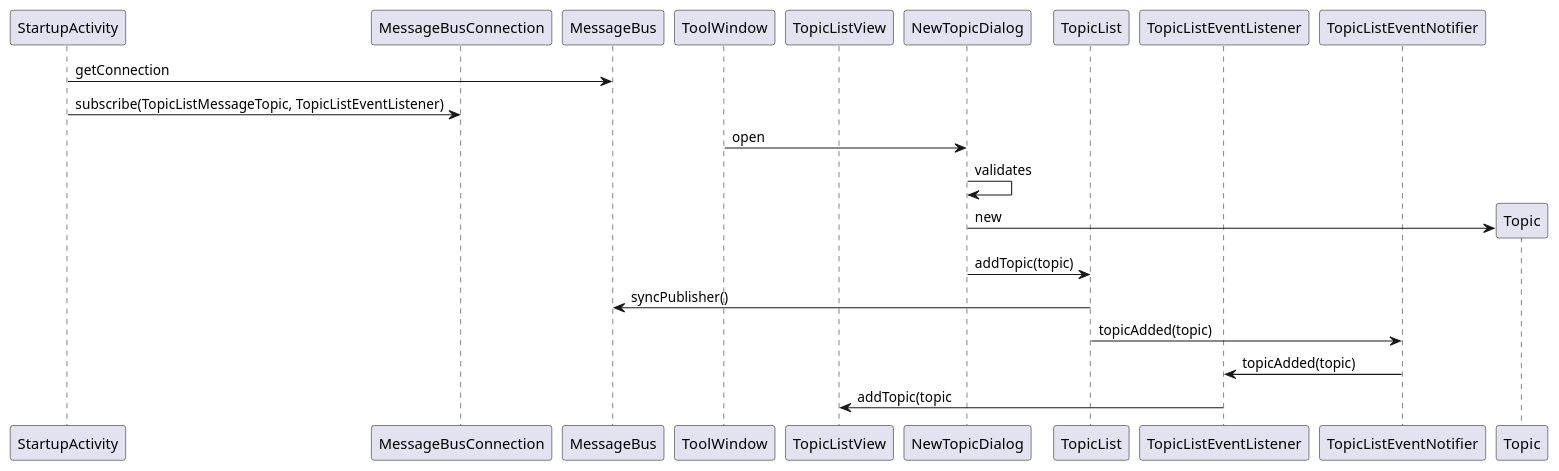
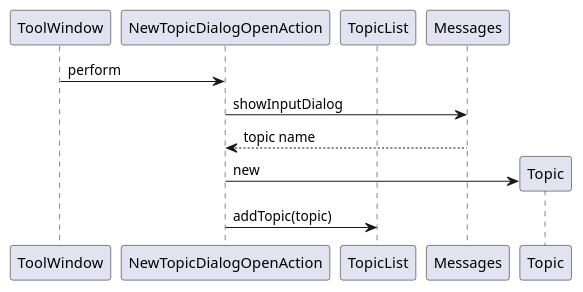
Before and after one commit to kitabatake/CodeReadingNote: the diagram in documents/sequence/create_topic.puml, drawn with PlantUML. The commit also changed 2 other files, not shown here.

```diff
--- a/documents/sequence/create_topic.puml
+++ b/documents/sequence/create_topic.puml
@@ -1,31 +1,18 @@
 @startuml
 /' definition '/
-participant StartupActivity
-participant MessageBusConnection
-participant MessageBus
+participant ToolWindow
+participant NewTopicDialogOpenAction
+participant TopicList
+participant Messages
 
-participant ToolWindow
-participant TopicListView
-participant NewTopicDialog
-participant TopicList
-participant TopicListEventListener
-participant TopicListEventNotifier
 
 /' flow '/
+ToolWindow -> NewTopicDialogOpenAction : perform
 
-StartupActivity -> MessageBus : getConnection
-StartupActivity -> MessageBusConnection : subscribe(TopicListMessageTopic, TopicListEventListener)
+NewTopicDialogOpenAction -> Messages : showInputDialog
+return topic name
 
-ToolWindow -> NewTopicDialog : open
-
-NewTopicDialog -> NewTopicDialog : validates
 create Topic
-NewTopicDialog -> Topic : new
-NewTopicDialog -> TopicList : addTopic(topic)
-
-TopicList -> MessageBus : syncPublisher()
-TopicList -> TopicListEventNotifier : topicAdded(topic)
-TopicListEventNotifier -> TopicListEventListener : topicAdded(topic)
-TopicListEventListener -> TopicListView : addTopic(topic
-
+NewTopicDialogOpenAction -> Topic : new
+NewTopicDialogOpenAction -> TopicList : addTopic(topic)
 @enduml
```
